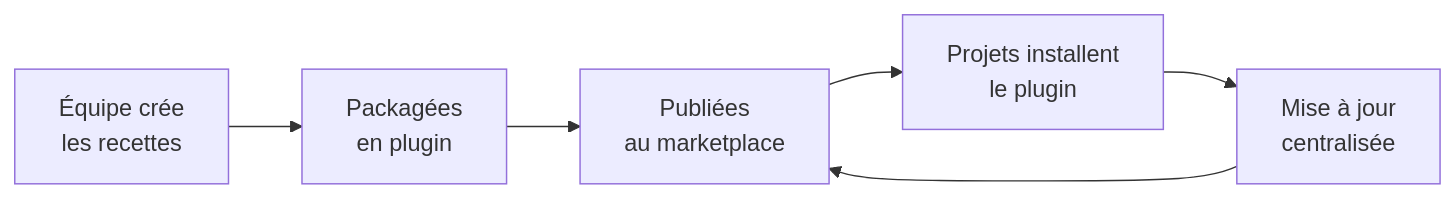
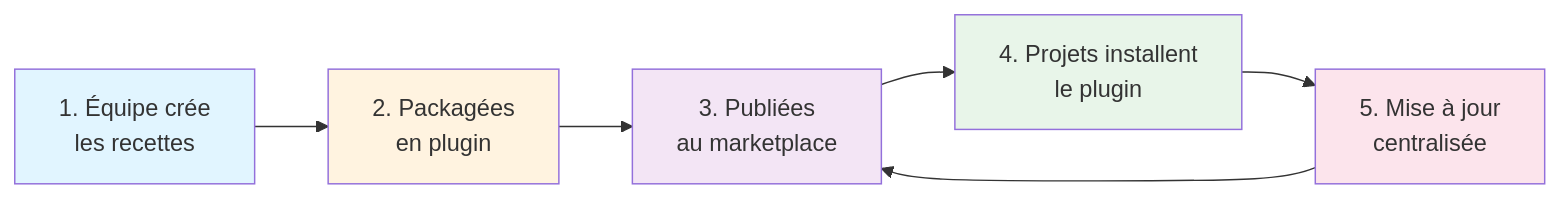
Before and after one commit to FTurleque/doc-utilisation-ia: the third of 5 diagrams in docs/chapitre-3b-claude-code-migration-copilot/plugins-equipe.md, drawn with Mermaid. The commit also changed other lines of this file and 2 other files, not shown here.

````diff
--- a/docs/chapitre-3b-claude-code-migration-copilot/plugins-equipe.md
+++ b/docs/chapitre-3b-claude-code-migration-copilot/plugins-equipe.md
@@ -133,8 +634,14 @@
 ```mermaid
 graph LR
-    A["Équipe crée\nles recettes"] --> B["Packagées\nen plugin"]
-    B --> C["Publiées\nau marketplace"]
-    C --> D["Projets installent\nle plugin"]
-    D --> E["Mise à jour\ncentralisée"]
+    A["1. Équipe crée<br/>les recettes"] --> B["2. Packagées<br/>en plugin"]
+    B --> C["3. Publiées<br/>au marketplace"]
+    C --> D["4. Projets installent<br/>le plugin"]
+    D --> E["5. Mise à jour<br/>centralisée"]
     E --> C
+    
+    style A fill:#e1f5ff
+    style B fill:#fff3e0
+    style C fill:#f3e5f5
+    style D fill:#e8f5e9
+    style E fill:#fce4ec
 ```
````
